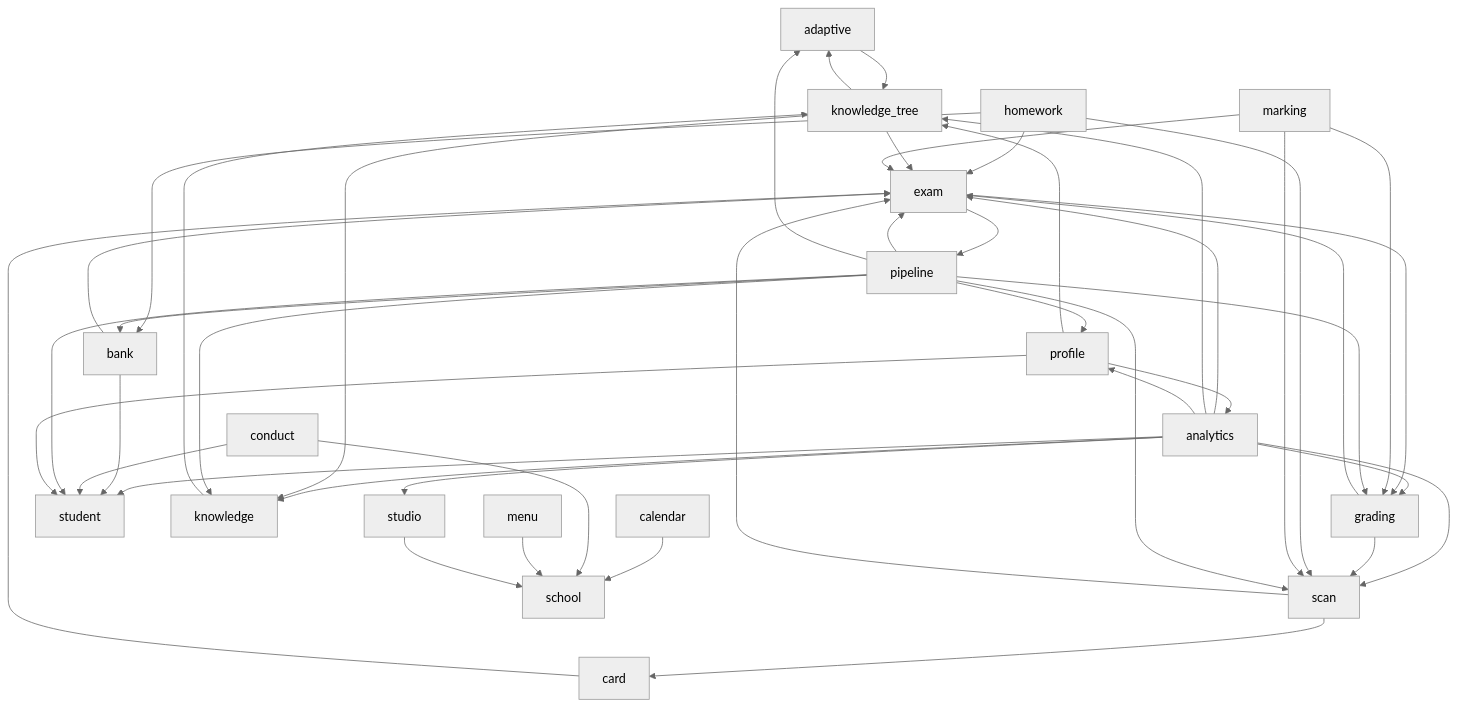
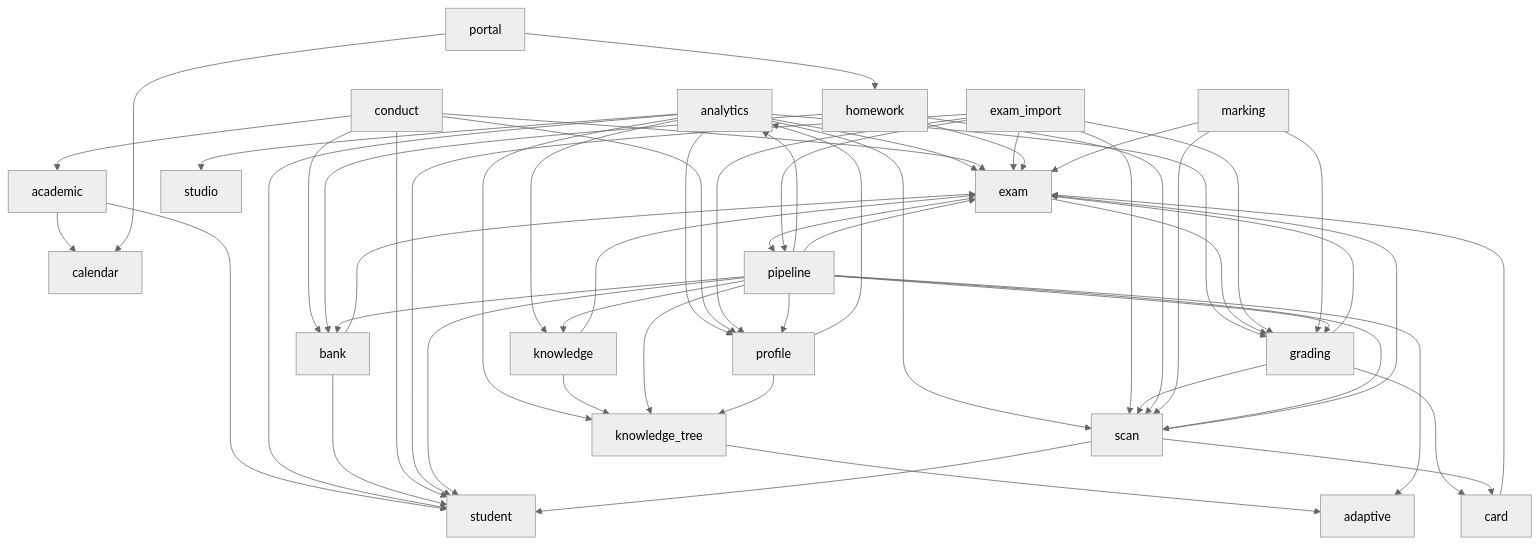
Before and after one commit to juanwan99/edu-cloud: the diagram in docs/governance/dependency-graph.md, drawn with Mermaid (neutral theme). The commit also changed 31 other files, not shown here.

````diff
--- a/docs/governance/dependency-graph.md
+++ b/docs/governance/dependency-graph.md
@@ -5,47 +5,58 @@
 ```mermaid
 flowchart TD
-  adaptive --> knowledge_tree
+  academic --> calendar
+  academic --> student
   analytics --> exam
   analytics --> scan
   analytics --> grading
   analytics --> student
   analytics --> knowledge
   analytics --> knowledge_tree
   analytics --> profile
   analytics --> studio
   bank --> exam
   bank --> student
-  calendar --> school
   card --> exam
+  conduct --> academic
+  conduct --> bank
+  conduct --> exam
+  conduct --> profile
   conduct --> student
-  conduct --> school
   exam --> grading
   exam --> pipeline
+  exam_import --> exam
+  exam_import --> grading
+  exam_import --> pipeline
+  exam_import --> profile
+  exam_import --> scan
+  exam_import --> student
+  grading --> card
   grading --> exam
   grading --> scan
   homework --> exam
   homework --> scan
   homework --> bank
+  knowledge --> exam
   knowledge --> knowledge_tree
-  knowledge_tree --> knowledge
-  knowledge_tree --> exam
   knowledge_tree --> adaptive
   marking --> exam
   marking --> scan
   marking --> grading
-  menu --> school
+  pipeline --> analytics
+  pipeline --> bank
+  pipeline --> adaptive
   pipeline --> exam
+  pipeline --> grading
+  pipeline --> knowledge
+  pipeline --> knowledge_tree
+  pipeline --> profile
   pipeline --> scan
-  pipeline --> grading
-  pipeline --> bank
-  pipeline --> knowledge
-  pipeline --> profile
   pipeline --> student
-  pipeline --> adaptive
-  profile --> student
+  portal --> calendar
+  portal --> homework
   profile --> knowledge_tree
   profile --> analytics
   scan --> exam
   scan --> card
-  studio --> school
+  scan --> student
 ```
````
